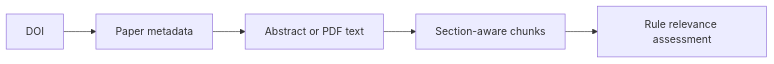
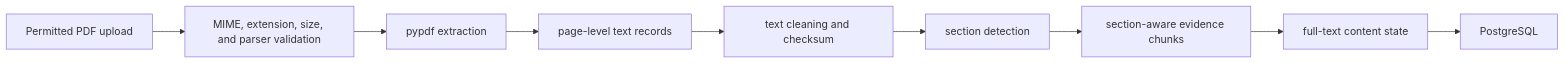
The third of 7 diagrams in docs/architecture.md (djdayz/mri-research-intelligence), drawn with Mermaid before and after one commit. The commit also changed other lines of this file and 15 other files, not shown here.

````diff
--- a/docs/architecture.md
+++ b/docs/architecture.md
@@ -20,7 +49,11 @@
 ```mermaid
 flowchart LR
-    DOI["DOI"] --> Paper["Paper metadata"]
-    Paper --> Content["Abstract or PDF text"]
-    Content --> Chunks["Section-aware chunks"]
-    Chunks --> Relevance["Rule relevance assessment"]
+    Upload["Permitted PDF upload"] --> Validate["MIME, extension, size, and parser validation"]
+    Validate --> Extract["pypdf extraction"]
+    Extract --> Pages["page-level text records"]
+    Pages --> Clean["text cleaning and checksum"]
+    Clean --> Sections["section detection"]
+    Sections --> Chunks["section-aware evidence chunks"]
+    Chunks --> Content["full-text content state"]
+    Content --> DB["PostgreSQL"]
 ```
````
